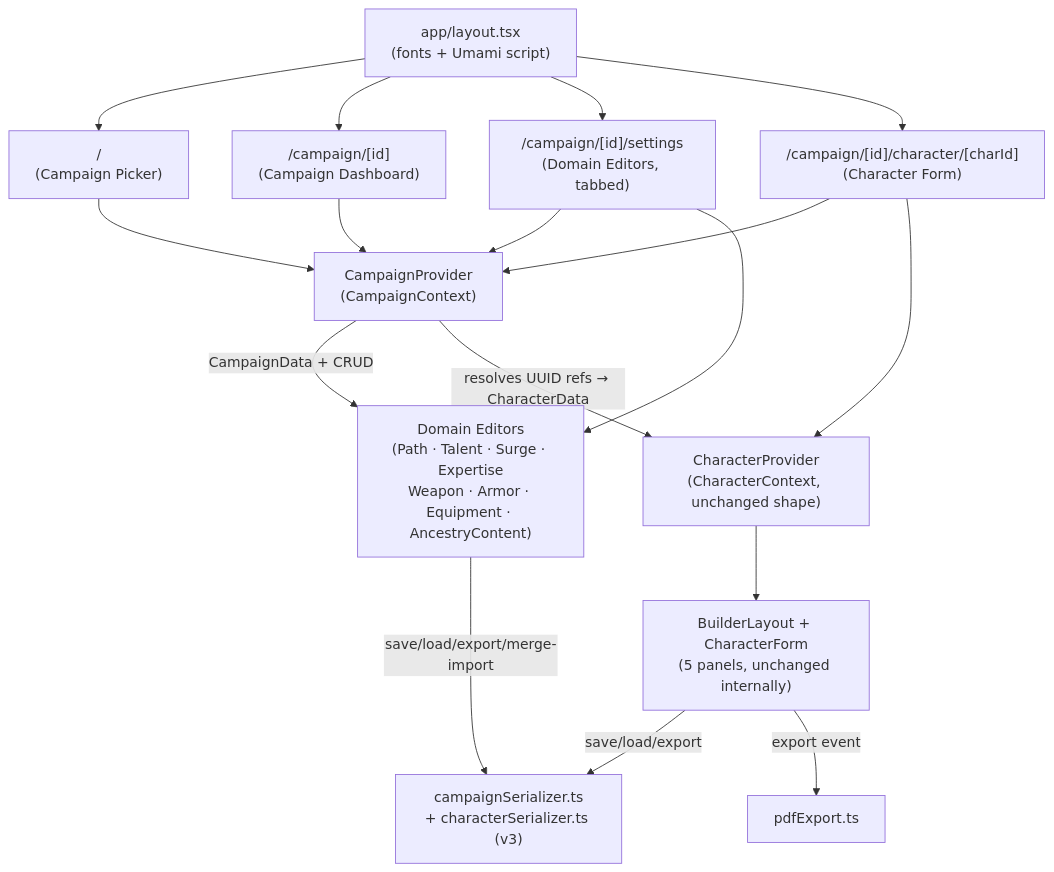
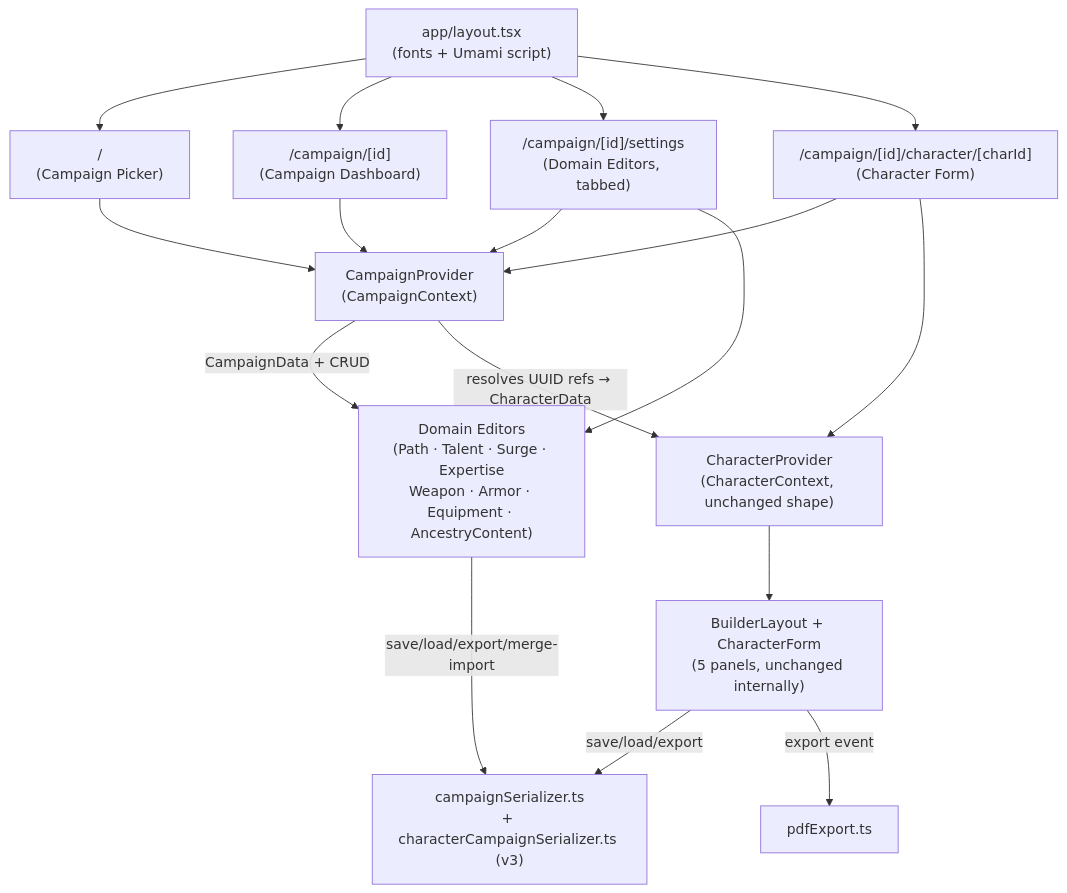
One commit to deafol/cosmere-rpg-character-builder changed the second of 4 diagrams in docs/specs/architecture.md. Above: the diagram before and after it, drawn with Mermaid. The commit also changed other lines of this file and 14 other files, not shown here.

````diff
--- a/docs/specs/architecture.md
+++ b/docs/specs/architecture.md
@@ -72,26 +67,26 @@
 ```mermaid
 flowchart TD
     Layout["app/layout.tsx\n(fonts + Umami script)"]
     R1["/ \n(Campaign Picker)"]
     R2["/campaign/[id]\n(Campaign Dashboard)"]
     R3["/campaign/[id]/settings\n(Domain Editors, tabbed)"]
     R4["/campaign/[id]/character/[charId]\n(Character Form)"]
     CProvider["CampaignProvider\n(CampaignContext)"]
     ChProvider["CharacterProvider\n(CharacterContext, unchanged shape)"]
     Editors["Domain Editors\n(Path · Talent · Surge · Expertise\nWeapon · Armor · Equipment · AncestryContent)"]
     CharApp["BuilderLayout + CharacterForm\n(5 panels, unchanged internally)"]
     PDFUtil["pdfExport.ts"]
-    Serializer["campaignSerializer.ts\n+ characterSerializer.ts (v3)"]
+    Serializer["campaignSerializer.ts\n+ characterCampaignSerializer.ts (v3)"]
 
     Layout --> R1 & R2 & R3 & R4
     R1 & R2 & R3 --> CProvider
     R4 --> CProvider
     R4 --> ChProvider
     R3 --> Editors
     ChProvider --> CharApp
     CProvider -->|"CampaignData + CRUD"| Editors
     CProvider -->|"resolves UUID refs → CharacterData"| ChProvider
     CharApp -->|"save/load/export"| Serializer
     CharApp -->|"export event"| PDFUtil
     Editors -->|"save/load/export/merge-import"| Serializer
 ```
````
